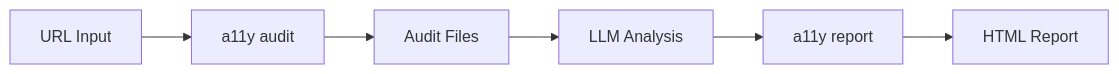
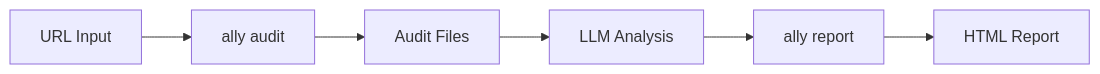
The first of 12 diagrams in WIKI.md (Chitova263/accessibility-audit), drawn with Mermaid before and after one commit. The commit also changed other lines of this file and 74 other files, not shown here.

````diff
--- a/WIKI.md
+++ b/WIKI.md
@@ -7,8 +7,8 @@
 ```mermaid
 flowchart LR
-    URL[URL Input] --> AUDIT[a11y audit]
+    URL[URL Input] --> AUDIT[ally audit]
     AUDIT --> FILES[Audit Files]
     FILES --> LLM[LLM Analysis]
-    LLM --> REPORT[a11y report]
+    LLM --> REPORT[ally report]
     REPORT --> HTML[HTML Report]
 ```
````
